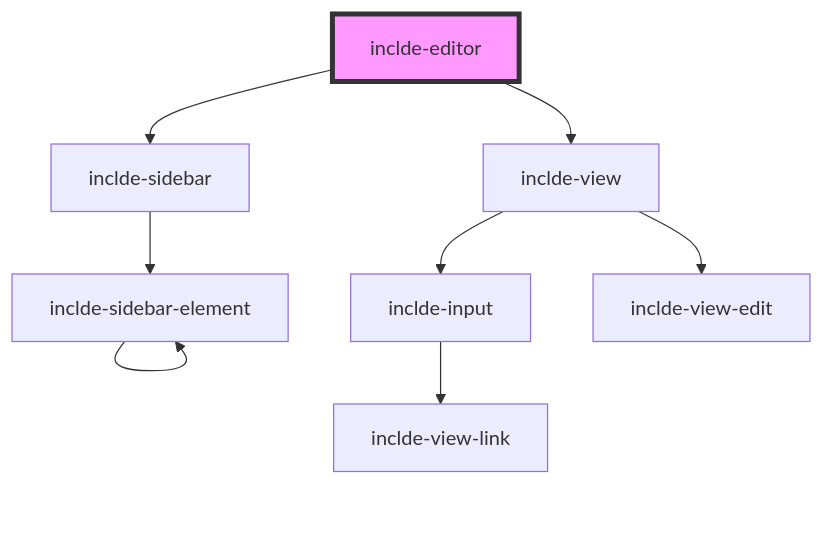
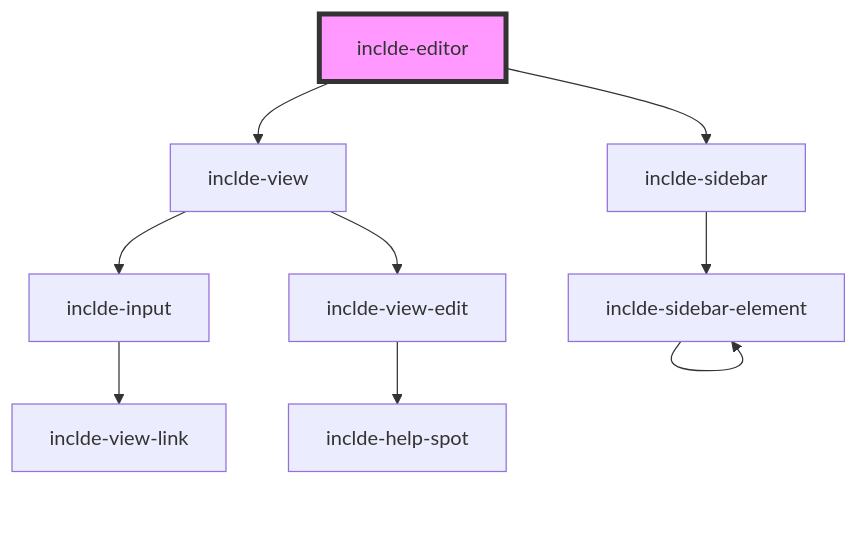
The diagram in src/components/inclde-editor/readme.md (kit-data-manager/INCLDE), drawn with Mermaid before and after one commit. The commit also changed 8 other files, not shown here.

````diff
--- a/src/components/inclde-editor/readme.md
+++ b/src/components/inclde-editor/readme.md
@@ -32,11 +32,12 @@
 ```mermaid
 graph TD;
   inclde-editor --> inclde-sidebar
   inclde-editor --> inclde-view
   inclde-sidebar --> inclde-sidebar-element
   inclde-sidebar-element --> inclde-sidebar-element
   inclde-view --> inclde-input
   inclde-view --> inclde-view-edit
   inclde-input --> inclde-view-link
+  inclde-view-edit --> inclde-help-spot
   style inclde-editor fill:#f9f,stroke:#333,stroke-width:4px
 ```
````
